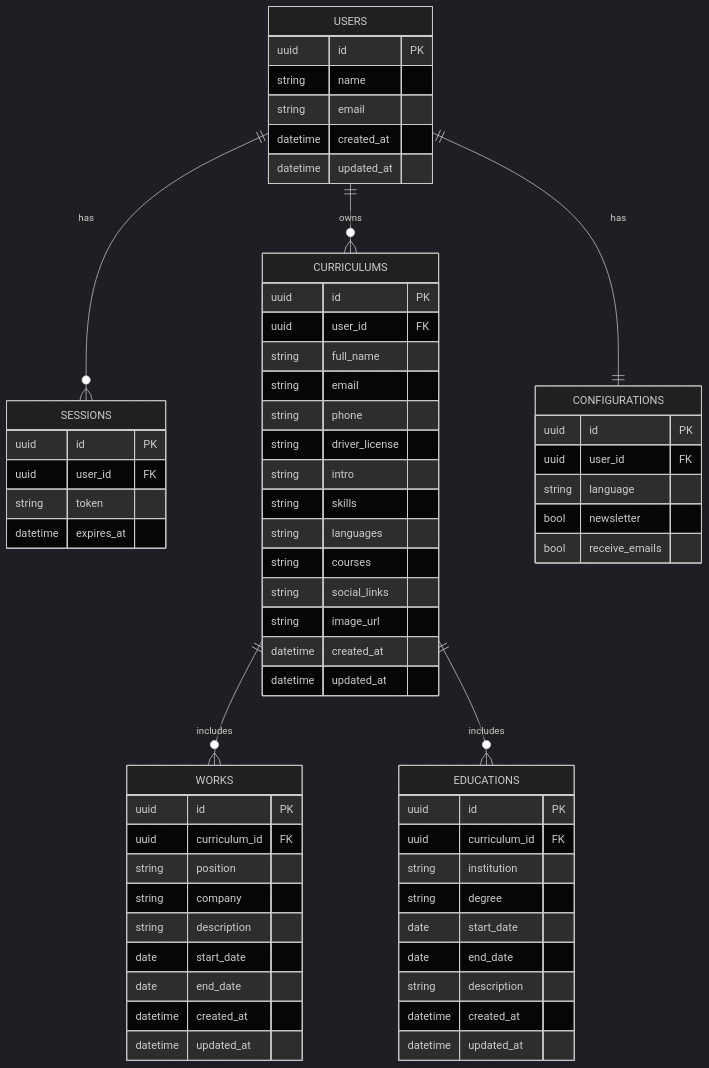
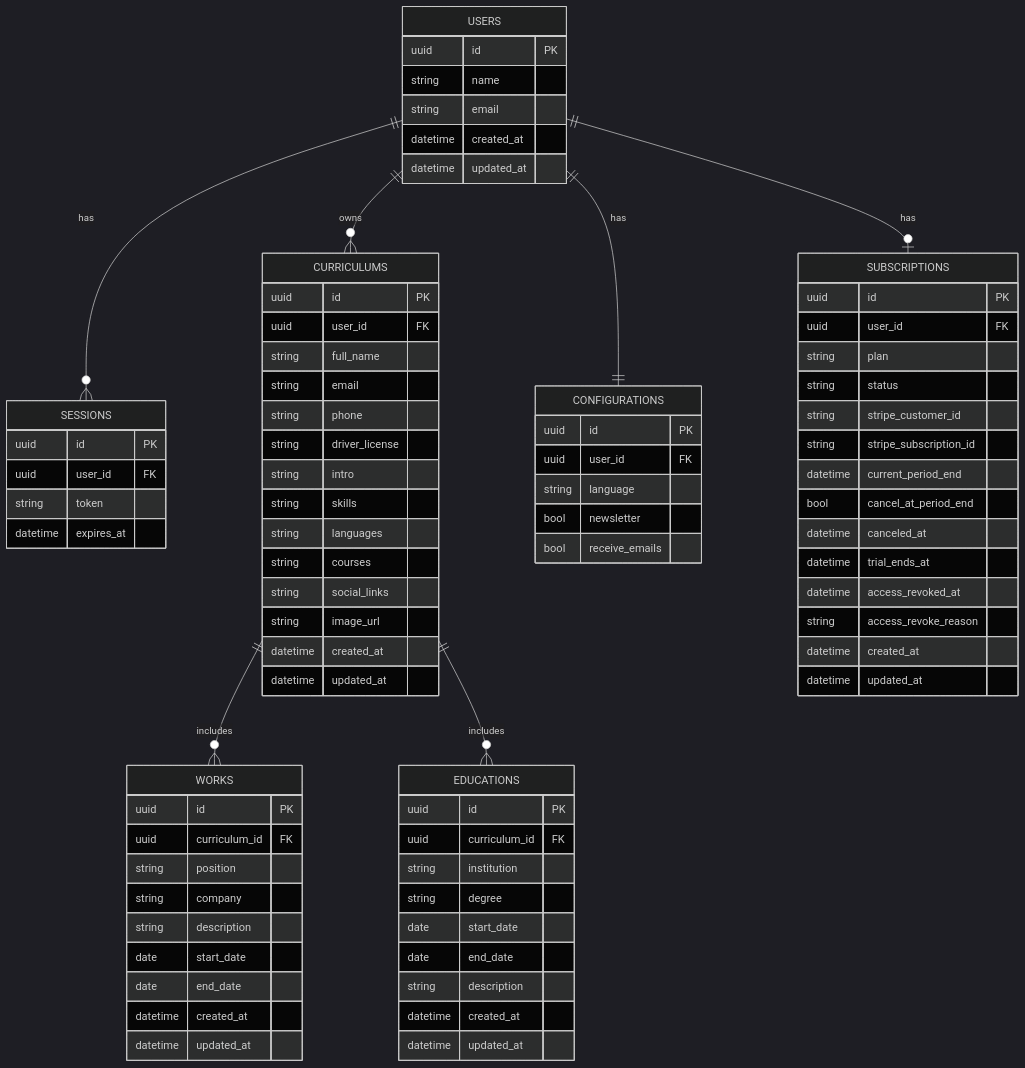
The eighth of 9 diagrams in README.md (Daniel-Fonseca-da-Silva/dafon-cv-api), drawn with Mermaid (dark theme) before and after one commit. The commit also changed other lines of this file and 2 other files, not shown here.

```diff
--- a/README.md
+++ b/README.md
@@ -233,6 +258,7 @@
   USERS ||--o{ SESSIONS : has
   USERS ||--o{ CURRICULUMS : owns
   USERS ||--|| CONFIGURATIONS : has
+  USERS ||--o| SUBSCRIPTIONS : has
   CURRICULUMS ||--o{ WORKS : includes
   CURRICULUMS ||--o{ EDUCATIONS : includes
 
@@ -240,6 +266,23 @@
     uuid id PK
     string name
     string email
+    datetime created_at
+    datetime updated_at
+  }
+
+  SUBSCRIPTIONS {
+    uuid id PK
+    uuid user_id FK
+    string plan
+    string status
+    string stripe_customer_id
+    string stripe_subscription_id
+    datetime current_period_end
+    bool cancel_at_period_end
+    datetime canceled_at
+    datetime trial_ends_at
+    datetime access_revoked_at
+    string access_revoke_reason
     datetime created_at
     datetime updated_at
   }
```
